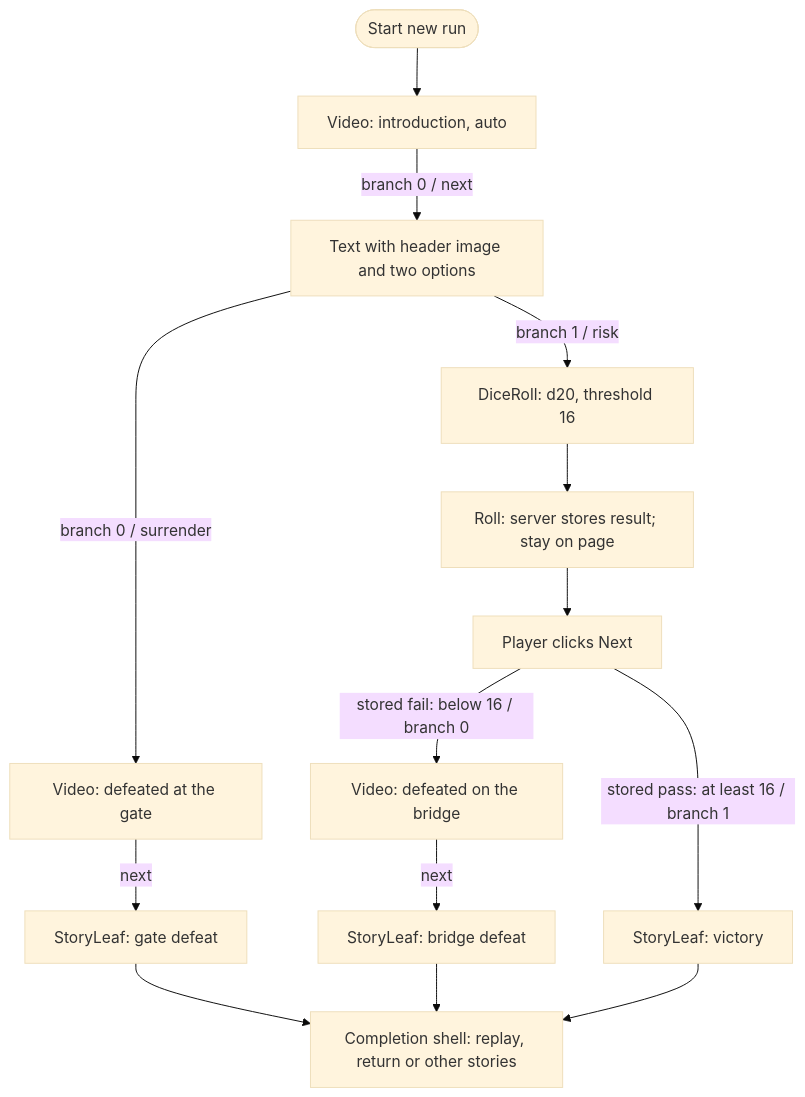
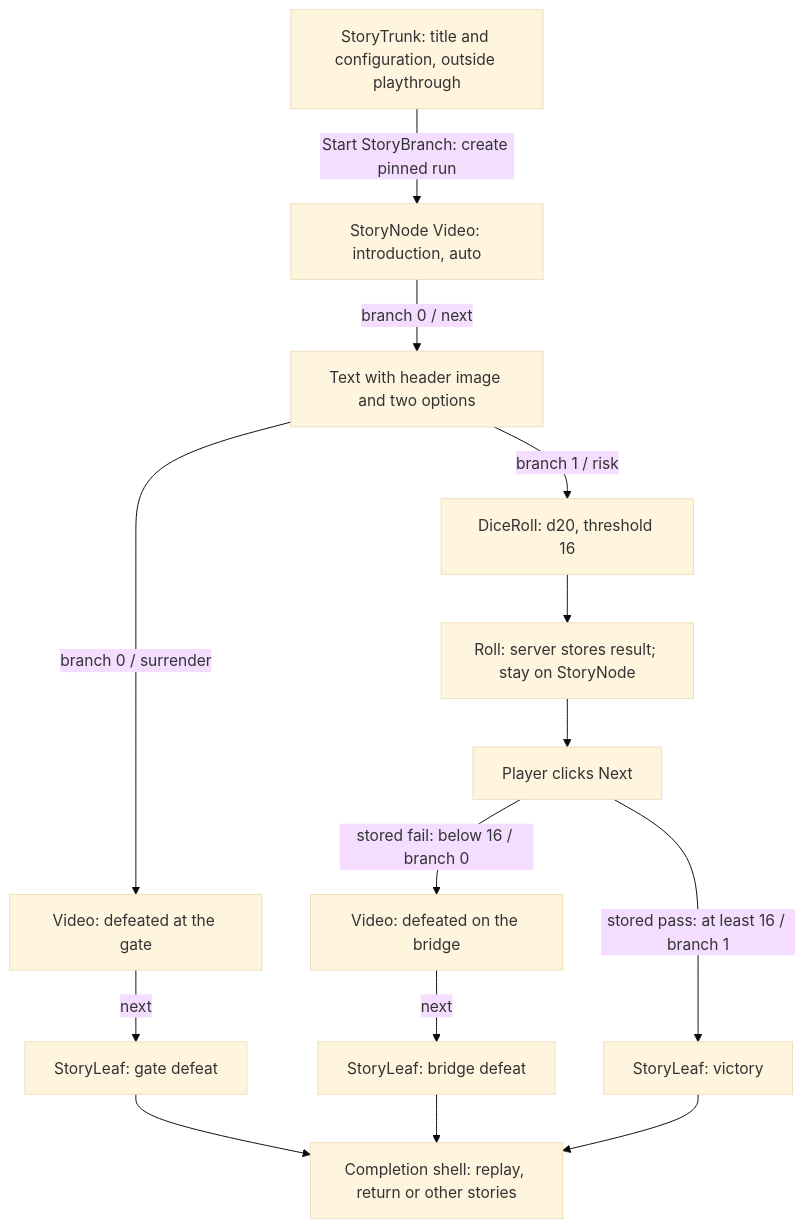
The first of 5 diagrams in docs/story-system/examples.md (rcereghini/storybranch), drawn with Mermaid (base theme) before and after one commit. The commit also changed other lines of this file and 148 other files, not shown here.

First line of the commit message:
Align StoryNode naming and preserve existing data compatibility

````diff
--- a/docs/story-system/examples.md
+++ b/docs/story-system/examples.md
@@ -9,16 +9,16 @@
 ```mermaid
 flowchart TD
-  Start([Start new run]) --> Intro[Video: introduction, auto]
+  Trunk[StoryTrunk: title and configuration, outside playthrough] -->|Start StoryBranch: create pinned run| Intro[StoryNode Video: introduction, auto]
   Intro -->|branch 0 / next| Choice[Text with header image and two options]
   Choice -->|branch 0 / surrender| DefeatA[Video: defeated at the gate]
   Choice -->|branch 1 / risk| Dice[DiceRoll: d20, threshold 16]
-  Dice --> Roll[Roll: server stores result; stay on page]
+  Dice --> Roll[Roll: server stores result; stay on StoryNode]
   Roll --> Next[Player clicks Next]
   Next -->|stored fail: below 16 / branch 0| DefeatB[Video: defeated on the bridge]
   Next -->|stored pass: at least 16 / branch 1| Victory[StoryLeaf: victory]
   DefeatA -->|next| LeafA[StoryLeaf: gate defeat]
   DefeatB -->|next| LeafB[StoryLeaf: bridge defeat]
   LeafA --> Shell[Completion shell: replay, return or other stories]
   LeafB --> Shell
   Victory --> Shell
 ```
````
